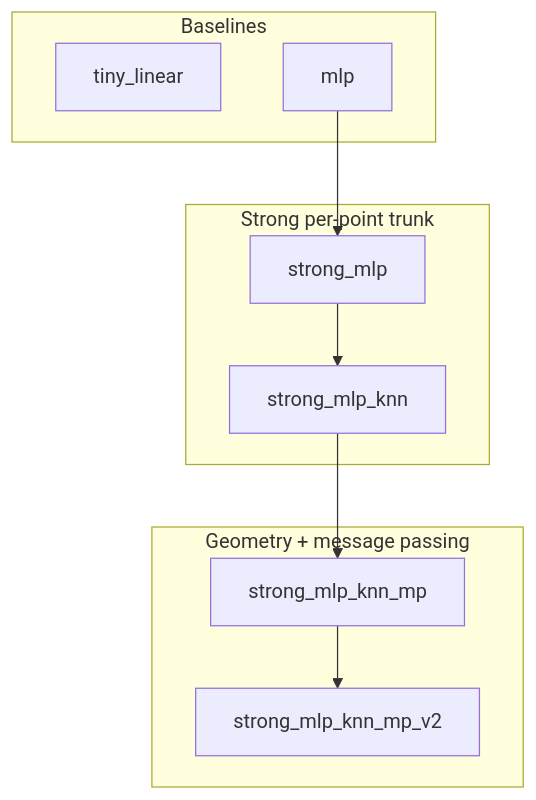
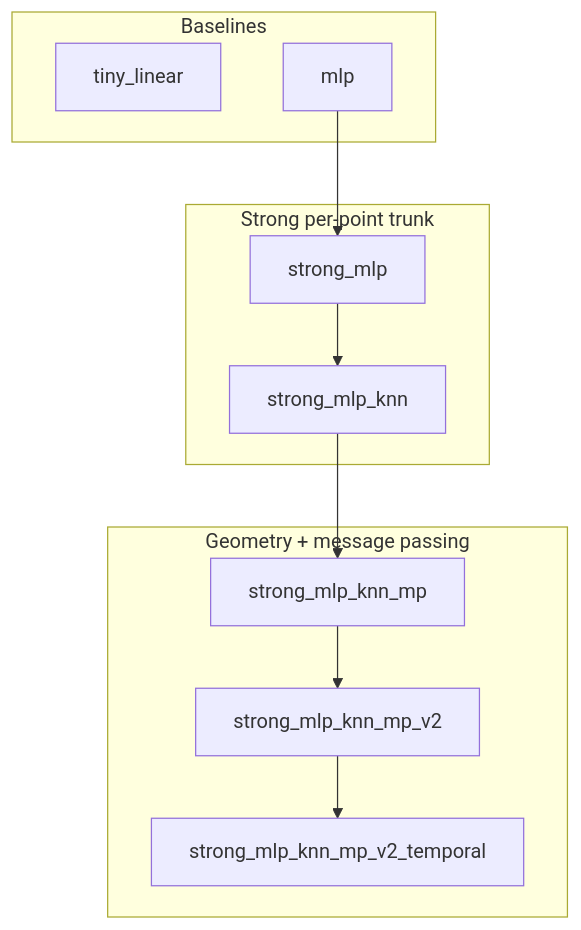
Before and after one commit to Hkm1994/iclr-2026: the diagram in docs/MODEL_LINEAGE.md, drawn with Mermaid. The commit also changed other lines of this file and 10 other files, not shown here.

First line of the commit message:
Update documentation and model registry for strong MLP KNN MP v2 and temporal variants

````diff
--- a/docs/MODEL_LINEAGE.md
+++ b/docs/MODEL_LINEAGE.md
@@ -7,19 +7,21 @@
 ```mermaid
 flowchart TB
   subgraph baselines [Baselines]
     TL[tiny_linear]
     MLP[mlp]
   end
   subgraph strong [Strong per-point trunk]
     SM[strong_mlp]
     SK[strong_mlp_knn]
   end
   subgraph mp [Geometry + message passing]
     SMP[strong_mlp_knn_mp]
     SMP2[strong_mlp_knn_mp_v2]
+    SMP2T[strong_mlp_knn_mp_v2_temporal]
   end
   MLP --> SM
   SM --> SK
   SK --> SMP
   SMP --> SMP2
+  SMP2 --> SMP2T
 ```
````
